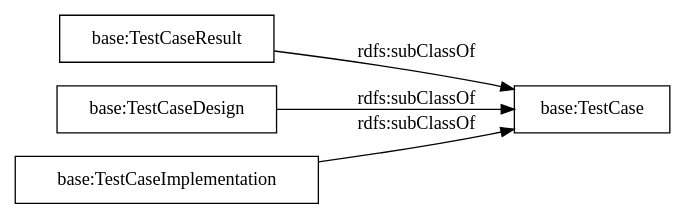
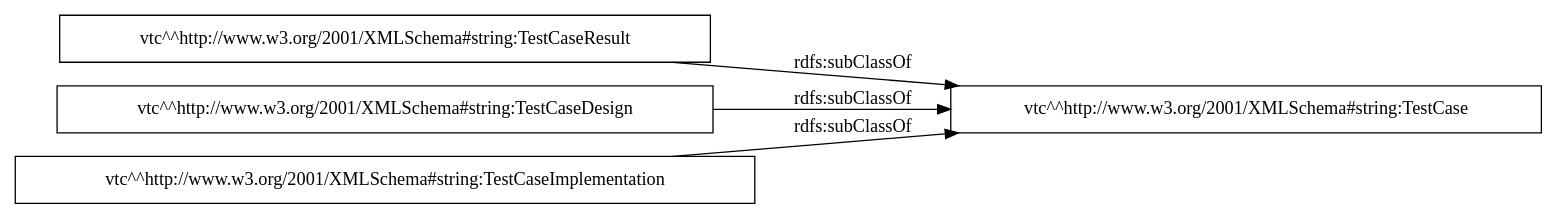
Before and after one commit to albaizq/test-verification-ontology: the diagram in OnToology/ontology/verification-test-description.ttl/diagrams/ar2dtool-taxonomy/verification-test-description.ttl.png.dot, drawn with Graphviz. The commit also changed 12 other files, not shown here.

```diff
--- a/OnToology/ontology/verification-test-description.ttl/diagrams/ar2dtool-taxonomy/verification-test-description.ttl.png.dot
+++ b/OnToology/ontology/verification-test-description.ttl/diagrams/ar2dtool-taxonomy/verification-test-description.ttl.png.dot
@@ -1,9 +1,9 @@
 digraph ar2dtool_diagram { 
 rankdir=LR;
 size="1000"
-node [shape = rectangle, color="black"]; "base:TestCaseResult" "base:TestCaseDesign" "base:TestCaseImplementation" "base:TestCase" ; /*classes style*/
-	"base:TestCaseDesign" -> "base:TestCase" [ label = "rdfs:subClassOf" ];
-	"base:TestCaseImplementation" -> "base:TestCase" [ label = "rdfs:subClassOf" ];
-	"base:TestCaseResult" -> "base:TestCase" [ label = "rdfs:subClassOf" ];
+node [shape = rectangle, color="black"]; "vtc^^http://www.w3.org/2001/XMLSchema#string:TestCaseResult" "vtc^^http://www.w3.org/2001/XMLSchema#string:TestCase" "vtc^^http://www.w3.org/2001/XMLSchema#string:TestCaseDesign" "vtc^^http://www.w3.org/2001/XMLSchema#string:TestCaseImplementation" ; /*classes style*/
+	"vtc^^http://www.w3.org/2001/XMLSchema#string:TestCaseDesign" -> "vtc^^http://www.w3.org/2001/XMLSchema#string:TestCase" [ label = "rdfs:subClassOf" ];
+	"vtc^^http://www.w3.org/2001/XMLSchema#string:TestCaseResult" -> "vtc^^http://www.w3.org/2001/XMLSchema#string:TestCase" [ label = "rdfs:subClassOf" ];
+	"vtc^^http://www.w3.org/2001/XMLSchema#string:TestCaseImplementation" -> "vtc^^http://www.w3.org/2001/XMLSchema#string:TestCase" [ label = "rdfs:subClassOf" ];
 
 }
```
